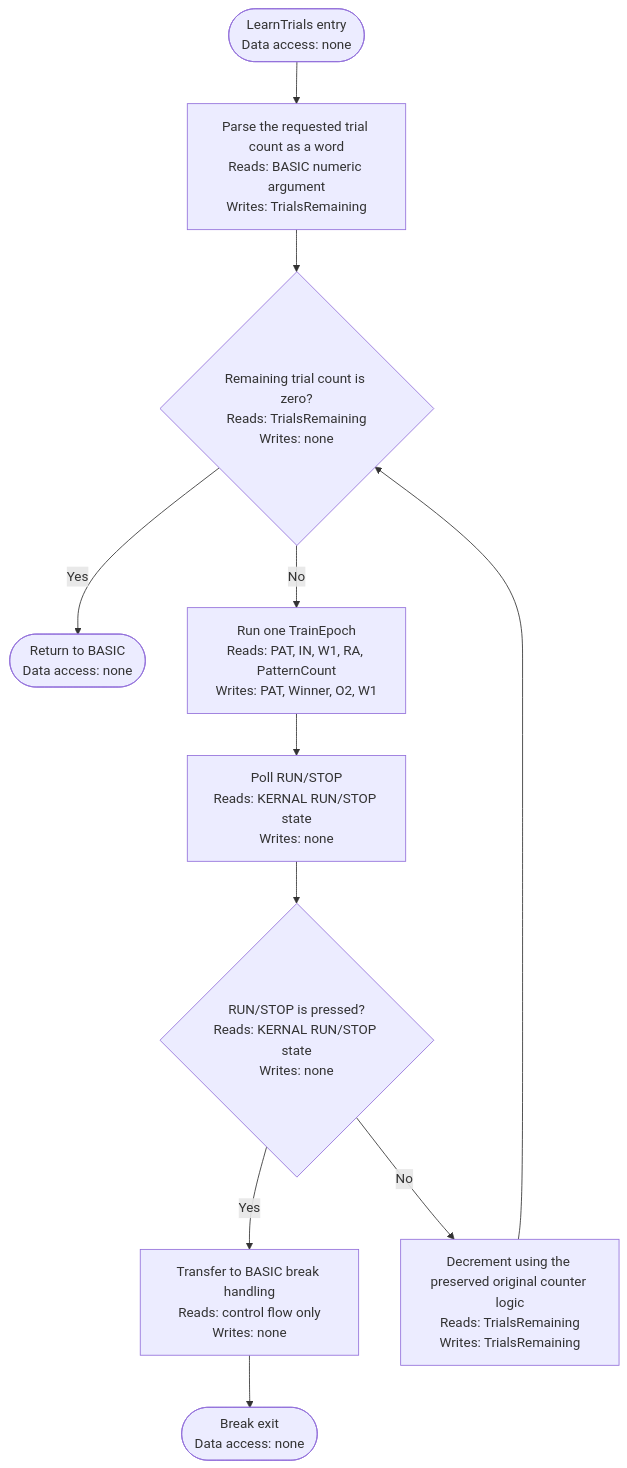
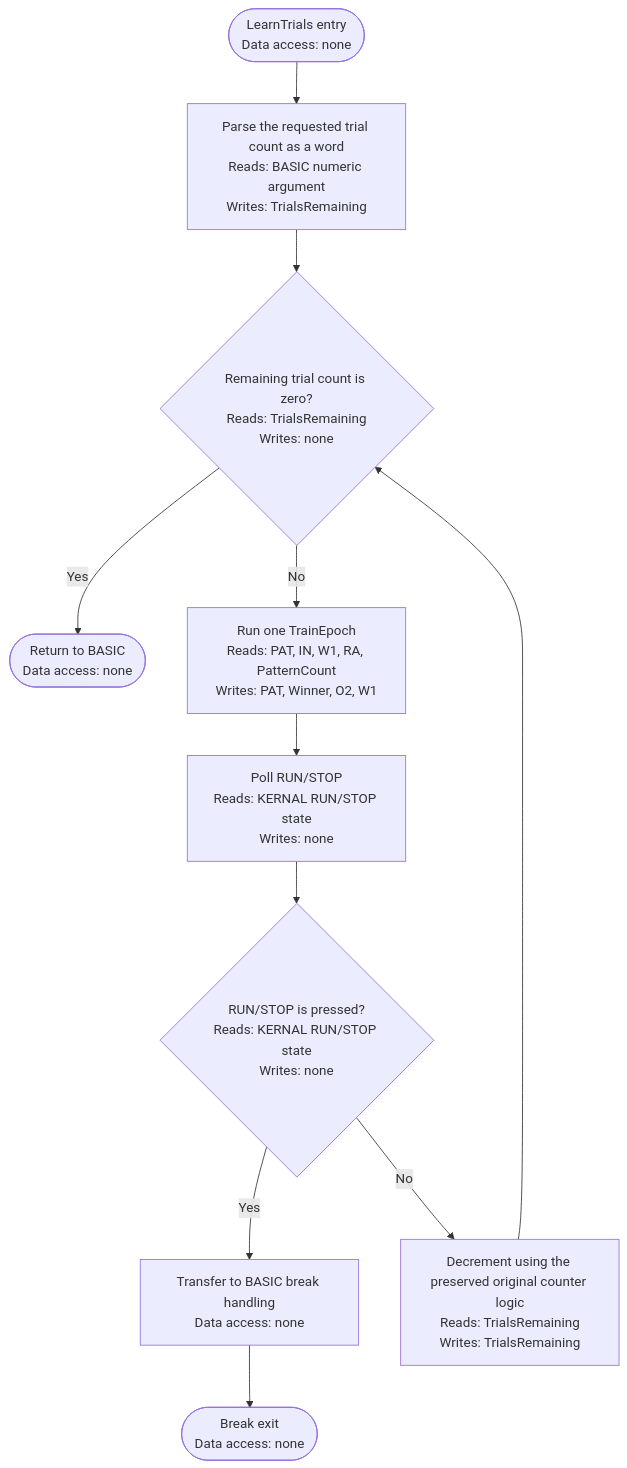
One commit to sharpninja/NeuralNetworks changed diagram 29 of 44 in docs/Diagrams/CL-ML-Activity-Diagrams.md. Above: the diagram before and after it, drawn with Mermaid. The commit also changed other lines of this file and 10 other files, not shown here.

````diff
--- a/docs/Diagrams/CL-ML-Activity-Diagrams.md
+++ b/docs/Diagrams/CL-ML-Activity-Diagrams.md
@@ -669,10 +701,10 @@
 ```mermaid
 flowchart TD
     A(["LearnTrials entry<br/>Data access: none"]) --> B["Parse the requested trial count as a word<br/>Reads: BASIC numeric argument<br/>Writes: TrialsRemaining"]
     B --> C{"Remaining trial count is zero?<br/>Reads: TrialsRemaining<br/>Writes: none"}
     C -- Yes --> Z(["Return to BASIC<br/>Data access: none"])
     C -- No --> D["Run one TrainEpoch<br/>Reads: PAT, IN, W1, RA, PatternCount<br/>Writes: PAT, Winner, O2, W1"] --> E["Poll RUN/STOP<br/>Reads: KERNAL RUN/STOP state<br/>Writes: none"]
     E --> F{"RUN/STOP is pressed?<br/>Reads: KERNAL RUN/STOP state<br/>Writes: none"}
-    F -- Yes --> X["Transfer to BASIC break handling<br/>Reads: control flow only<br/>Writes: none"] --> Y(["Break exit<br/>Data access: none"])
+    F -- Yes --> X["Transfer to BASIC break handling<br/>Data access: none"] --> Y(["Break exit<br/>Data access: none"])
     F -- No --> G["Decrement using the preserved original counter logic<br/>Reads: TrialsRemaining<br/>Writes: TrialsRemaining"] --> C
 ```
````
